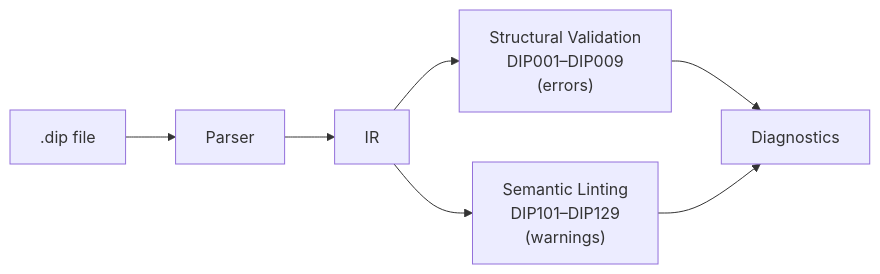
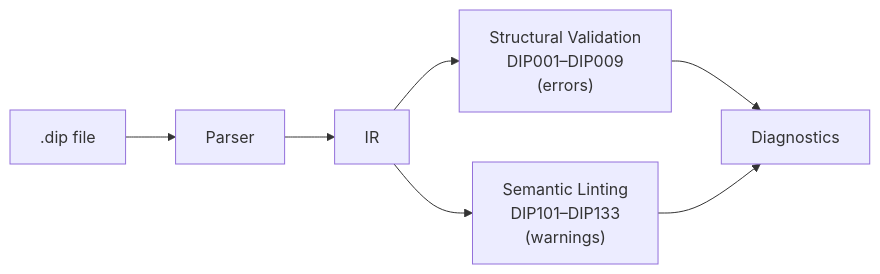
Before and after one commit to michellepellon/dippin-lang: the diagram in docs/validation.md, drawn with Mermaid. The commit also changed other lines of this file and 14 other files, not shown here.

````diff
--- a/docs/validation.md
+++ b/docs/validation.md
@@ -10,9 +10,9 @@
 ```mermaid
 graph LR
     SRC[".dip file"] --> PARSE["Parser"]
     PARSE --> IR["IR"]
     IR --> VAL["Structural Validation<br>DIP001–DIP009<br>(errors)"]
-    IR --> LINT["Semantic Linting<br>DIP101–DIP129<br>(warnings)"]
+    IR --> LINT["Semantic Linting<br>DIP101–DIP133<br>(warnings)"]
     VAL --> DIAG["Diagnostics"]
     LINT --> DIAG
 ```
````
